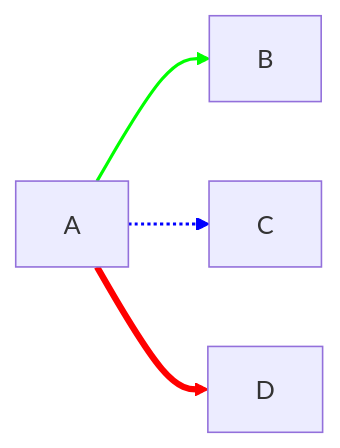
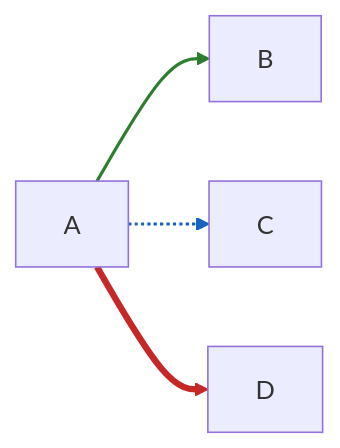
Before and after one commit to wienans/example-repo: diagram 13 of 19 in .agents/skills/mermaid-architect/references/mermaid-diagram-guide.md, drawn with Mermaid. The commit also changed other lines of this file and 58 other files, not shown here.

First line of the commit message:
feat(skills): merge mastery-of-mermaid into mermaid-architect

````diff
--- a/.agents/skills/mermaid-architect/references/mermaid-diagram-guide.md
+++ b/.agents/skills/mermaid-architect/references/mermaid-diagram-guide.md
@@ -477,10 +480,14 @@
 ```mermaid
 graph LR
-    A --> B
-    A -.-> C
-    A ==> D
+    classDef edgeOk stroke:#2E7D2E,stroke-width:2px,color:black
+    classDef edgeAsync stroke:#1565C0,stroke-width:2px,color:black
+    classDef edgeHot stroke:#C62828,stroke-width:4px,color:black
 
-    linkStyle 0 stroke:#00ff00,stroke-width:2px
-    linkStyle 1 stroke:#0000ff,stroke-width:2px
-    linkStyle 2 stroke:#ff0000,stroke-width:4px
+    A e1@--> B
+    A e2@-.-> C
+    A e3@==> D
+
+    class e1 edgeOk
+    class e2 edgeAsync
+    class e3 edgeHot
 ```
````
